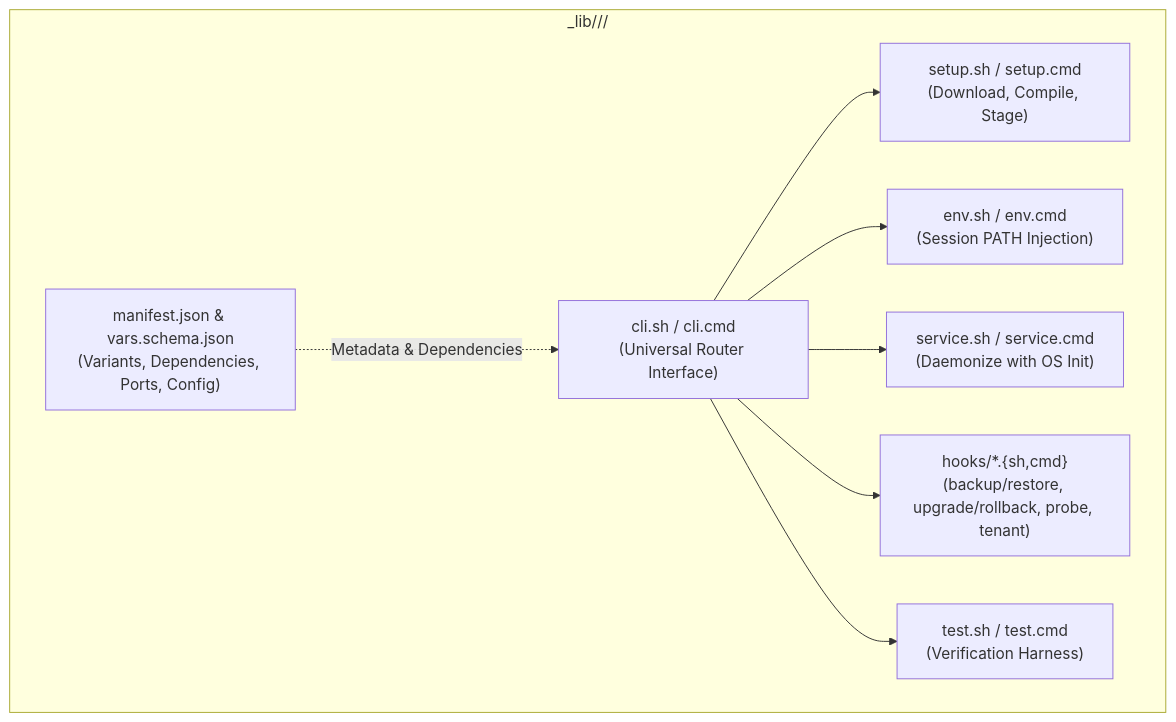
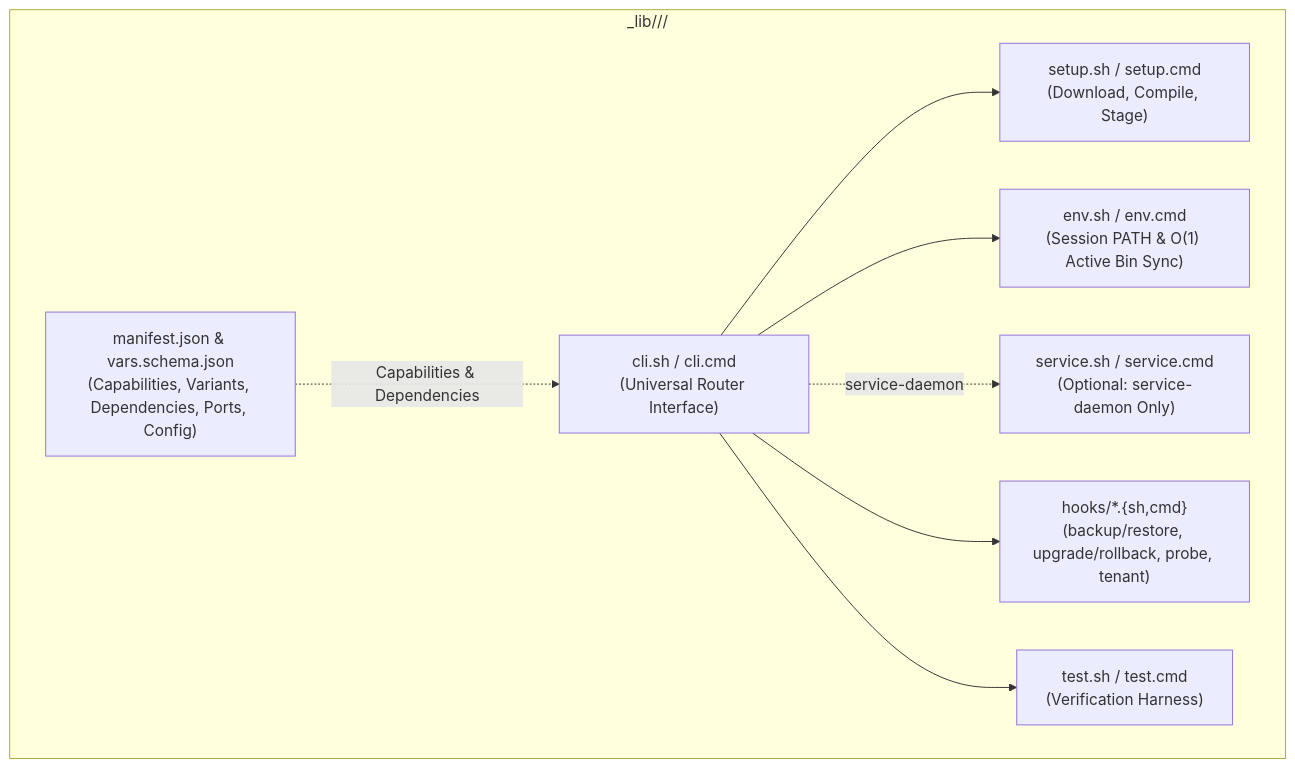
Before and after one commit to SamuelMarks/libscript: the first of 2 diagrams in DEVELOPING.md, drawn with Mermaid. The commit also changed other lines of this file and 1618 other files, not shown here.

````diff
--- a/DEVELOPING.md
+++ b/DEVELOPING.md
@@ -40,19 +47,19 @@
 ```mermaid
 flowchart TD
     subgraph ComponentAnatomy[_lib/<category>/<component>/]
-        Manifest["manifest.json & vars.schema.json<br/>(Variants, Dependencies, Ports, Config)"]
+        Manifest["manifest.json & vars.schema.json<br/>(Capabilities, Variants, Dependencies, Ports, Config)"]
         CLI["cli.sh / cli.cmd<br/>(Universal Router Interface)"]
         Setup["setup.sh / setup.cmd<br/>(Download, Compile, Stage)"]
-        Env["env.sh / env.cmd<br/>(Session PATH Injection)"]
-        Service["service.sh / service.cmd<br/>(Daemonize with OS Init)"]
+        Env["env.sh / env.cmd<br/>(Session PATH & O(1) Active Bin Sync)"]
+        Service["service.sh / service.cmd<br/>(Optional: service-daemon Only)"]
         Hooks["hooks/*.{sh,cmd}<br/>(backup/restore, upgrade/rollback, probe, tenant)"]
         Test["test.sh / test.cmd<br/>(Verification Harness)"]
     end
 
     CLI --> Setup
     CLI --> Env
-    CLI --> Service
+    CLI -.->|"service-daemon"| Service
     CLI --> Hooks
     CLI --> Test
-    Manifest -.->|Metadata & Dependencies| CLI
+    Manifest -.->|Capabilities & Dependencies| CLI
 ```
````
